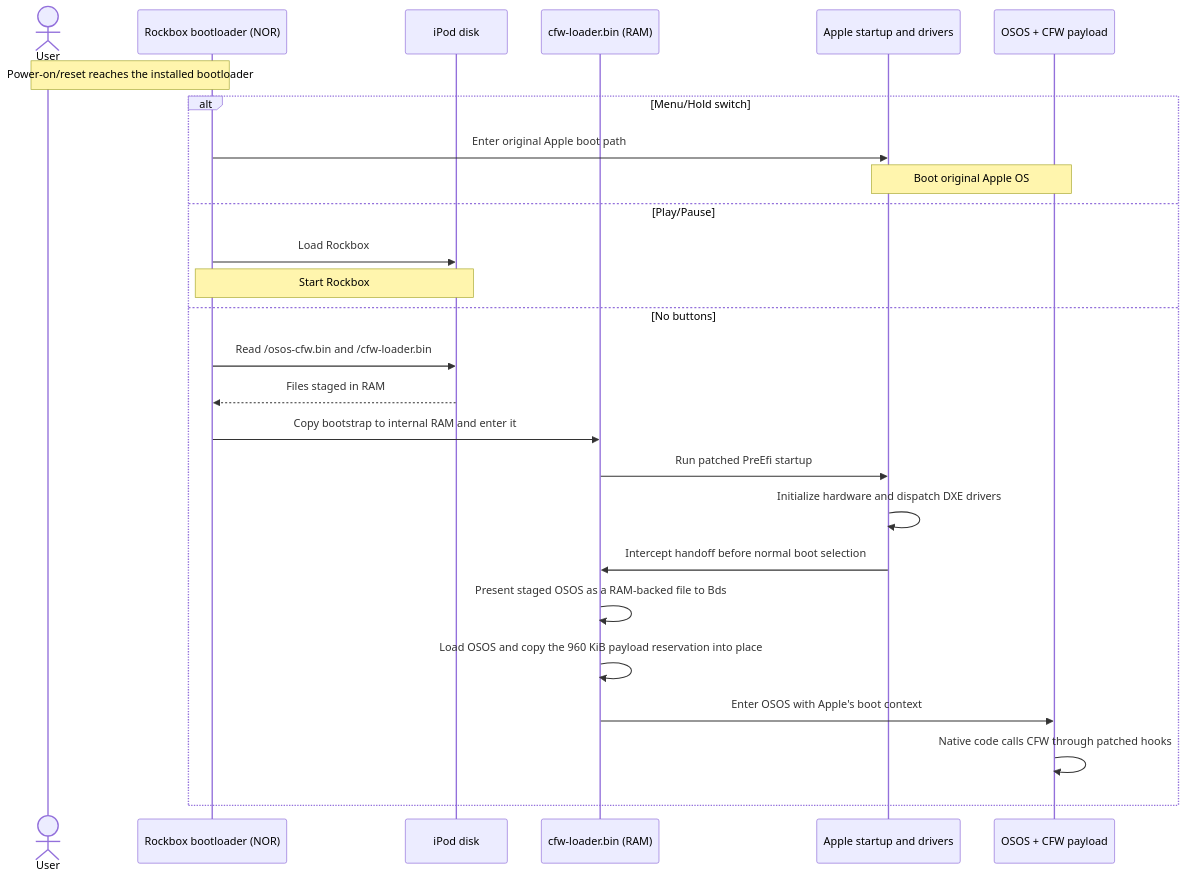
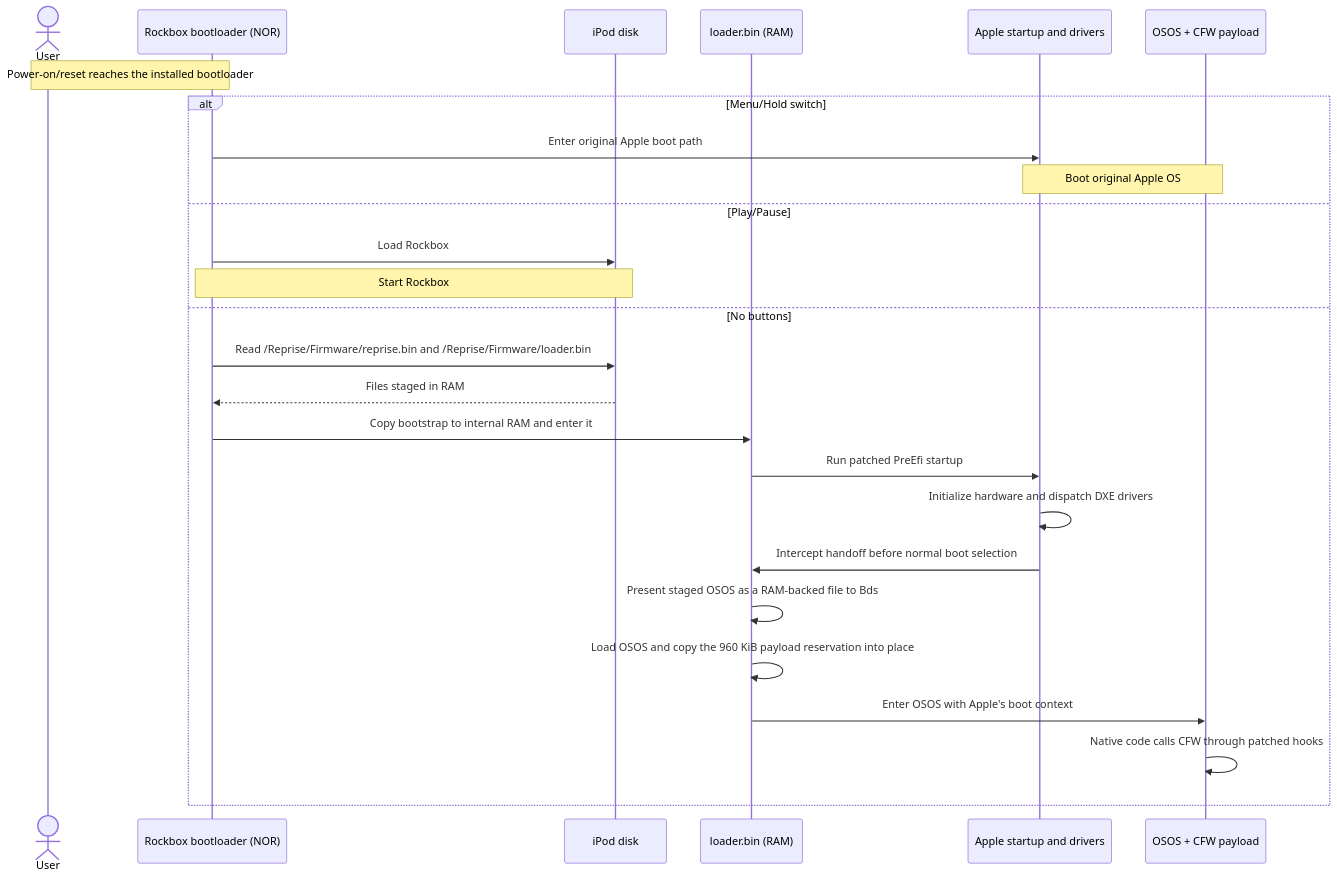
The diagram in docs/boot.md (lgreitis/osos-lab), drawn with Mermaid before and after one commit. The commit also changed 3 other files, not shown here.

First line of the commit message:
docs: describe the /Reprise/Firmware layout

````diff
--- a/docs/boot.md
+++ b/docs/boot.md
@@ -13,29 +13,29 @@
 ```mermaid
 sequenceDiagram
     actor User
     participant RB as Rockbox bootloader (NOR)
     participant Disk as iPod disk
-    participant Companion as cfw-loader.bin (RAM)
+    participant Companion as loader.bin (RAM)
     participant Apple as Apple startup and drivers
     participant OS as OSOS + CFW payload
 
     Note over User,RB: Power-on/reset reaches the installed bootloader
     alt Menu/Hold switch
         RB->>Apple: Enter original Apple boot path
         Note over Apple,OS: Boot original Apple OS
     else Play/Pause
         RB->>Disk: Load Rockbox
         Note over RB,Disk: Start Rockbox
     else No buttons
-        RB->>Disk: Read /osos-cfw.bin and /cfw-loader.bin
+        RB->>Disk: Read /Reprise/Firmware/reprise.bin and /Reprise/Firmware/loader.bin
         Disk-->>RB: Files staged in RAM
         RB->>Companion: Copy bootstrap to internal RAM and enter it
         Companion->>Apple: Run patched PreEfi startup
         Apple->>Apple: Initialize hardware and dispatch DXE drivers
         Apple->>Companion: Intercept handoff before normal boot selection
         Companion->>Companion: Present staged OSOS as a RAM-backed file to Bds
         Companion->>Companion: Load OSOS and copy the 960 KiB payload reservation into place
         Companion->>OS: Enter OSOS with Apple's boot context
         OS->>OS: Native code calls CFW through patched hooks
     end
 ```
````
